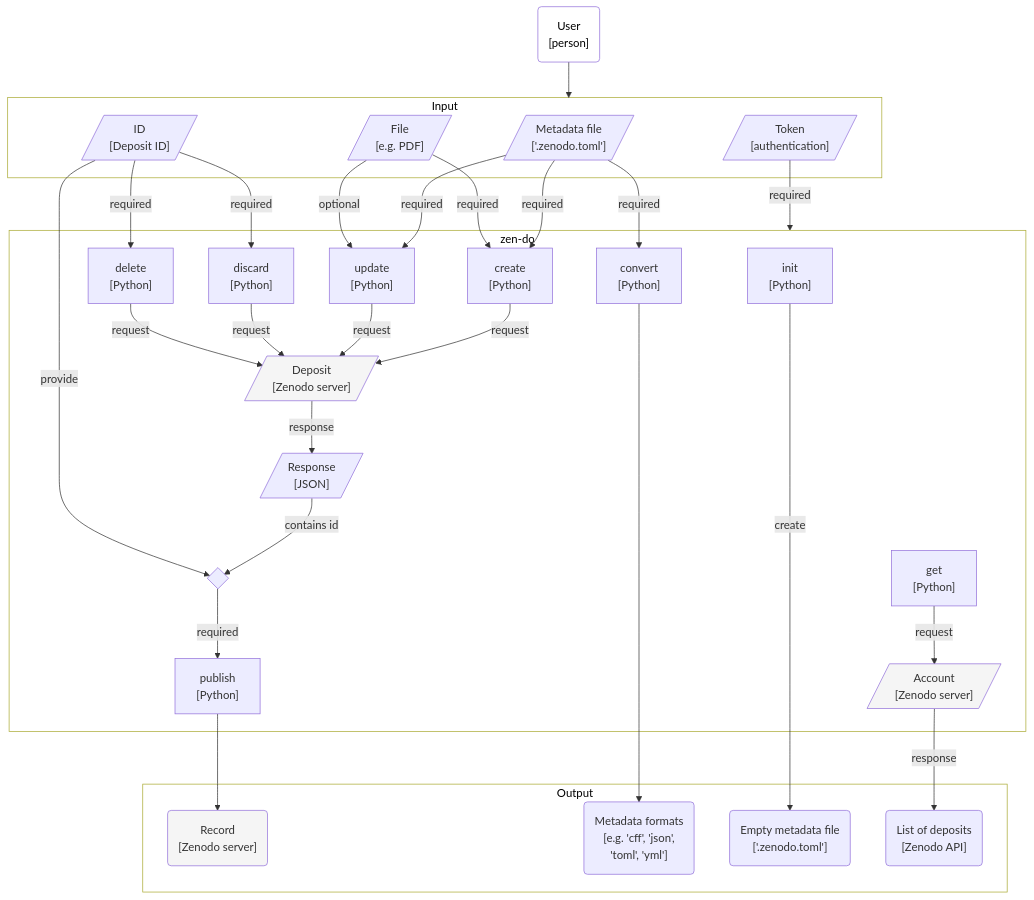
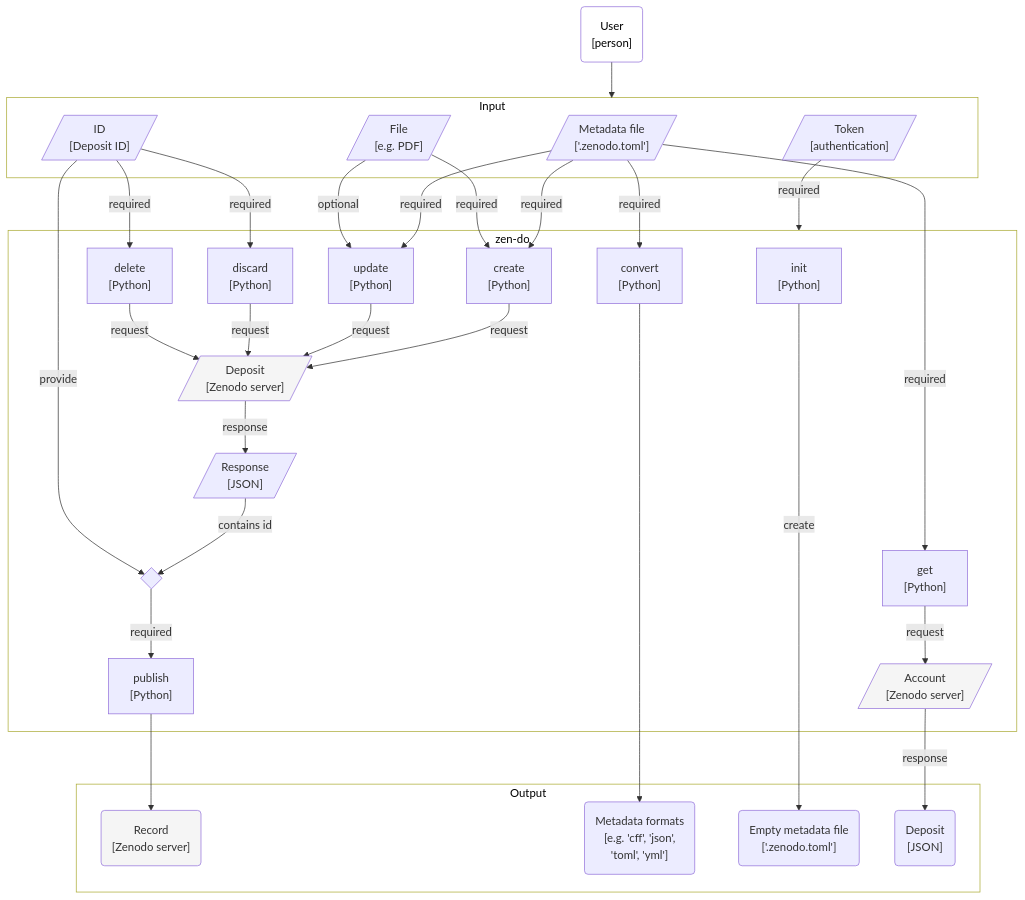
The second of 2 diagrams in docs/design/architecture.qmd (seedcase-project/zen-do), drawn with Mermaid before and after one commit. The commit also changed other lines of this file, not shown here.

Commit message:
docs: :building_construction: clarify that get needs metadata file

````diff
--- a/docs/design/architecture.qmd
+++ b/docs/design/architecture.qmd
@@ -127,61 +127,61 @@
 ```{mermaid}
 %%| label: fig-c4-container
 %%| fig-cap: "Diagram showing the inputs, outputs, and actions within zen-do. Parallogram boxes represent input and output, the rectangles represents actions, and the rounded boxes represent the start and end points of the flow. The gray boxes represent external systems, in this case, the Zenodo server."
 %%| fig-alt: "Flowchart diagram with boxes and arrows/connections for the different objects and actions, focusing on the content of zen-do. The user interacts with the metadata file, the metadata formats, and the file(s) to add to a deposit while the zen-do CLI contains several actions to interact with the Zenodo server for both deposits and records."
 flowchart TB
     user("User<br>[person]"):::user
 
     subgraph input ["Input"]
         metadata[/"Metadata file<br>['.zenodo.toml']"/]
         file[/"File<br>[e.g. PDF]"/]
         token[/"Token<br>[authentication]"/]
         id[/"ID<br>[Deposit ID]"/]
     end
 
     subgraph zen-do
         init["init<br>[Python]"]
         get["get<br>[Python]"]
         convert["convert<br>[Python]"]
         create["create<br>[Python]"]
         update["update<br>[Python]"]
         publish["publish<br>[Python]"]
         discard["discard<br>[Python]"]
         delete["delete<br>[Python]"]
         response_put[/"Response<br>[JSON]"/]
         deposit[/"Deposit<br>[Zenodo server]"/]:::external
         account[/"Account<br>[Zenodo server]"/]:::external
 
         create & update & discard & delete -->|request| deposit
         deposit -->|response| response_put
         response_put -->|contains id| either_id
         either_id{" "} -->|required| publish
         get -->|request| account
     end
 
     subgraph output ["Output"]
         record("Record<br>[Zenodo server]"):::external
         metadata_formats("Metadata formats<br>[e.g. 'cff', 'json',<br>'toml', 'yml']")
         empty_metadata("Empty metadata file<br>['.zenodo.toml']")
-        deposit_list("List of deposits<br>[Zenodo API]")
+        deposit_output("Deposit<br>[JSON]")
 
         init -->|create| empty_metadata
-        account -->|response| deposit_list
+        account -->|response| deposit_output
         convert --> metadata_formats
         publish --> record
     end
 
     user --> input
     token -->|required| zen-do
     id -->|required| discard & delete
     id -->|provide| either_id
-    metadata -->|required| create & update & convert
+    metadata -->|required| create & update & convert & get
     file -->|required| create
     file -->|optional| update
 
     %% Styling
     style zen-do fill:#FFFFFF,color:#000000;
     style output fill:#FFFFFF,color:#000000;
     style input fill:#FFFFFF,color:#000000;
     classDef user fill:#FFFFFF,color:#000000;
     classDef external fill:#F5F5F5;
 ```
````
